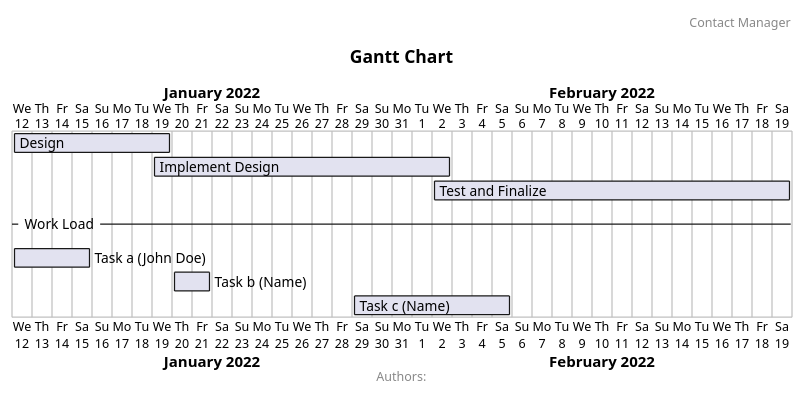
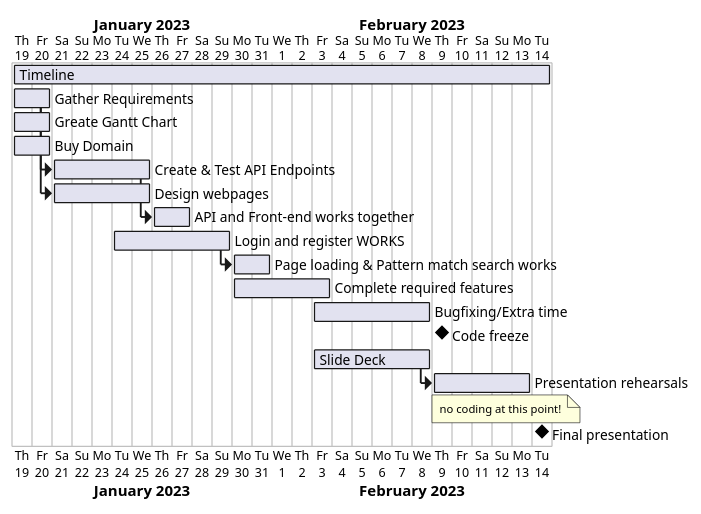
One commit to constellationz/contacts changed the diagram in docs/UMLDiagrams/gantt.puml. Above: the diagram before and after it, drawn with PlantUML. The commit also changed 6 other files, not shown here.

```diff
--- a/docs/UMLDiagrams/gantt.puml
+++ b/docs/UMLDiagrams/gantt.puml
@@ -1,17 +1,34 @@
 @startgantt
-header Contact Manager
-footer Authors:
-title Gantt Chart
-Project starts 2022-01-12
-[Design] starts 2022-01-12
-[Design] ends 2022-01-19
-[Implement Design] starts 2022-01-19
-[Implement Design] ends 2022-02-02
-[Test and Finalize] starts 2022-02-02
-[Test and Finalize] ends 2022-02-19
-
---Work Load--
-[Task a (John Doe)] lasts 4 days
-[Task b (Name)] starts 2022-01-20 and lasts 2 days
-[Task c (Name)] starts 2022-01-29 and lasts 1 week and 1 day
+Project starts 2023-01-19
+[Timeline] starts 2023-01-19
+[Timeline] ends 2023-02-14
+[Gather Requirements] starts 2023-01-19
+[Gather Requirements] ends 2023-01-20
+[Greate Gantt Chart] starts 2023-01-19
+[Greate Gantt Chart] ends 2023-01-20
+[Buy Domain] starts 2023-01-19
+[Buy Domain] ends 2023-01-20
+[Create & Test API Endpoints] starts at [Gather Requirements]'s end
+[Create & Test API Endpoints] ends 2023-01-25
+[Design webpages] starts at [Gather Requirements]'s end
+[Design webpages] ends 2023-01-25
+[API and Front-end works together] starts at [Create & Test API Endpoints]'s end
+[API and Front-end works together] ends 2023-01-27
+[Login and register WORKS] starts 2023-01-24
+[Login and register WORKS] ends 2023-01-29
+[Page loading & Pattern match search works] starts at [Login and register WORKS]'s end
+[Page loading & Pattern match search works] ends 2023-01-31
+[Complete required features] starts 2023-01-30
+[Complete required features] ends 2023-02-03
+[Bugfixing/Extra time] starts 2023-02-03
+[Bugfixing/Extra time] ends 2023-02-08
+[Code freeze] happens at 2023-02-09
+[Slide Deck] starts 2023-02-03
+[Slide Deck] ends 2023-02-08
+[Presentation rehearsals] starts at [Slide Deck]'s end
+[Presentation rehearsals] ends 2023-02-13
+note bottom
+    no coding at this point!
+end note
+[Final presentation] happens at 2023-02-14
 @endgantt
```
